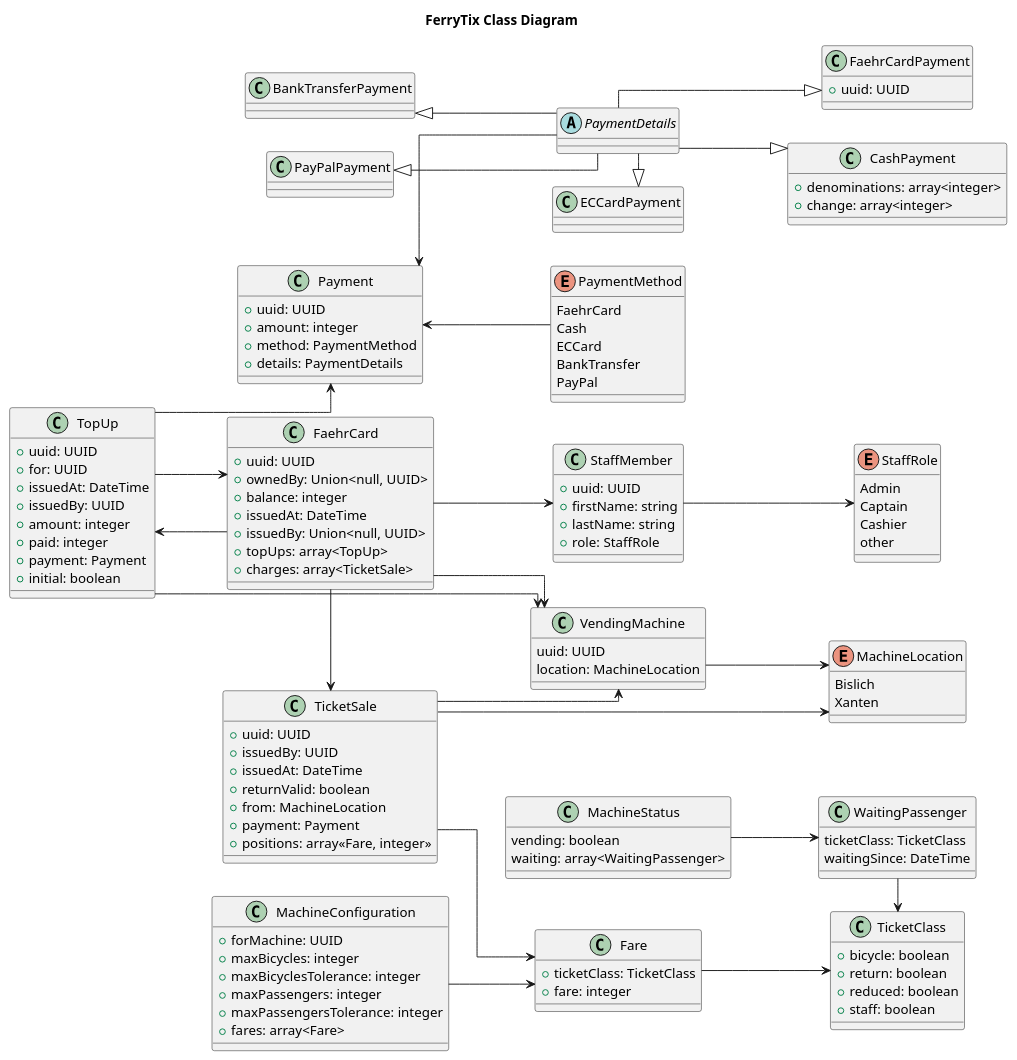
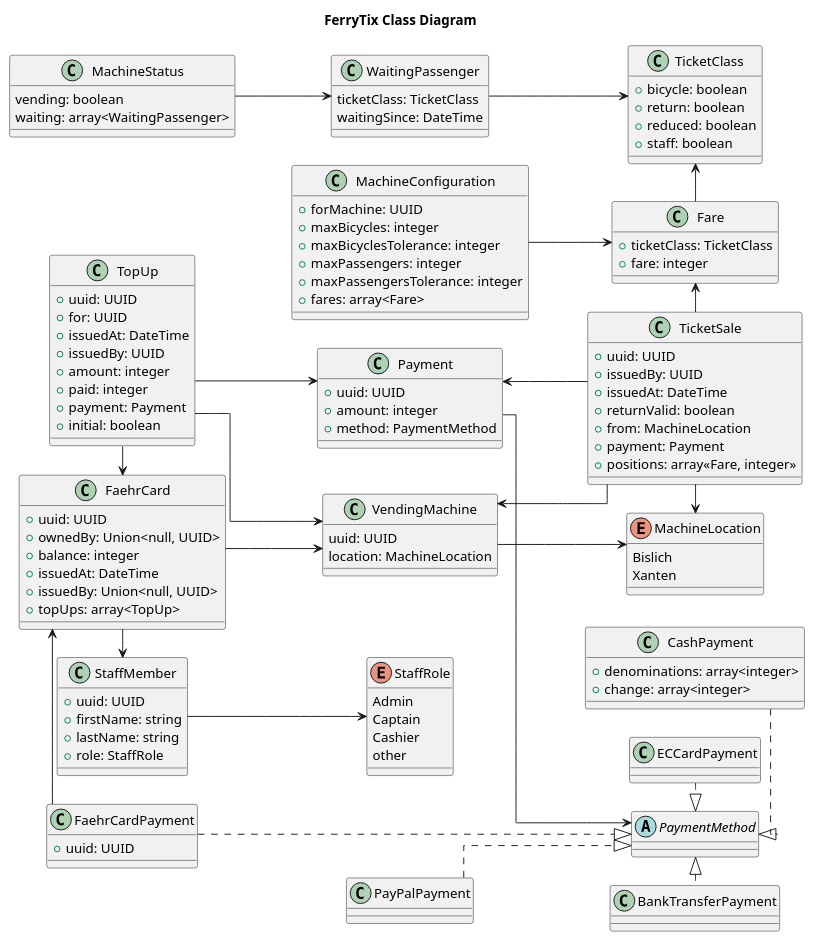
The diagram in src/class_diagram.puml (FerryTix/diagrams), drawn with PlantUML before and after one commit.

Commit message:
add changes from api spec

```diff
--- a/src/class_diagram.puml
+++ b/src/class_diagram.puml
@@ -1,173 +1,164 @@
 @startuml
 skinparam linetype ortho
 left to right direction
+skinparam nodesep 30
 title: FerryTix Class Diagram
-abstract class PaymentDetails
+abstract class PaymentMethod
 
 class FaehrCardPayment {
     + uuid: UUID
 }
-FaehrCardPayment <|-up- PaymentDetails
+FaehrCardPayment .|> PaymentMethod
+FaehrCardPayment -left-> FaehrCard
 
 class CashPayment {
     + denominations: array<integer>
     + change: array<integer>
 }
 
-CashPayment <|-up- PaymentDetails
+CashPayment .|> PaymentMethod
 
 class ECCardPayment {
 
 }
 
-ECCardPayment <|-left PaymentDetails
+ECCardPayment .|> PaymentMethod
 
 class BankTransferPayment {
 
 }
 
-BankTransferPayment <|-- PaymentDetails
+BankTransferPayment .up|> PaymentMethod
 
 class PayPalPayment {
 
 }
 
-PayPalPayment <|-- PaymentDetails
+PayPalPayment ..|> PaymentMethod
 
 class Payment {
     + uuid: UUID
     + amount: integer
     + method: PaymentMethod
-    + details: PaymentDetails
 }
 
-Payment <-- PaymentMethod
-Payment <-- PaymentDetails
-
-enum PaymentMethod {
-    FaehrCard
-    Cash
-    ECCard
-    BankTransfer
-    PayPal
-}
+Payment --> PaymentMethod
 
 class TicketSale {
     + uuid: UUID
     + issuedBy: UUID
     + issuedAt: DateTime
     + returnValid: boolean
     + from: MachineLocation
     + payment: Payment
     + positions: array<<Fare, integer>>
 }
 
-TicketSale--> VendingMachine
-TicketSale--> MachineLocation
-TicketSale --> Fare
+TicketSale-up-> VendingMachine
+TicketSale-> MachineLocation
+TicketSale -up> Fare
+TicketSale -left-> Payment
+
 
 class TicketClass {
     + bicycle: boolean
     + return: boolean
     + reduced: boolean
     + staff: boolean
 }
 
 class TopUp {
     + uuid: UUID
     + for: UUID
     + issuedAt: DateTime
     + issuedBy: UUID
     + amount: integer
     + paid: integer
     + payment: Payment
     + initial: boolean
 }
 
-TopUp--> FaehrCard
-TopUp--> VendingMachine
+TopUp-> FaehrCard
+TopUp-> VendingMachine
 TopUp--> Payment
 
 class StaffMember {
     + uuid: UUID
     + firstName: string
     + lastName: string
     + role: StaffRole
 }
 
 StaffMember--> StaffRole
 
 enum StaffRole {
     Admin
     Captain
     Cashier
     other
 }
 
 class FaehrCard {
     + uuid: UUID
     + ownedBy: Union<null, UUID>
     + balance: integer
     + issuedAt: DateTime
     + issuedBy: Union<null, UUID>
     + topUps: array<TopUp>
-    + charges: array<TicketSale>
 }
 
-FaehrCard--> StaffMember
+FaehrCard-> StaffMember
 FaehrCard--> VendingMachine
-FaehrCard--> TopUp
-FaehrCard-> TicketSale
 
 class MachineConfiguration {
     + forMachine: UUID
     + maxBicycles: integer
     + maxBicyclesTolerance: integer
     + maxPassengers: integer
     + maxPassengersTolerance: integer
     + fares: array<Fare>
 }
 
 MachineConfiguration--> Fare
 
 class Fare {
     + ticketClass: TicketClass
     + fare: integer
 }
 
-Fare--> TicketClass
+Fare-up> TicketClass
 
 ' enum MachineCommand {
 '     setSignalRed
 '     setSignalGreen
 '     stopVending
 '     startVending
 ' }
 
 enum MachineLocation {
     Bislich
     Xanten
 }
 
 class VendingMachine {
     uuid: UUID
     location: MachineLocation
 }
 
-VendingMachine--> MachineLocation
+VendingMachine-> MachineLocation
 
 class MachineStatus {
     vending: boolean
     waiting: array<WaitingPassenger>
 }
 
 MachineStatus--> WaitingPassenger
 
 class WaitingPassenger {
     ticketClass: TicketClass
     waitingSince: DateTime
 }
 
-WaitingPassenger-> TicketClass
+WaitingPassenger--> TicketClass
 
 @enduml
```
